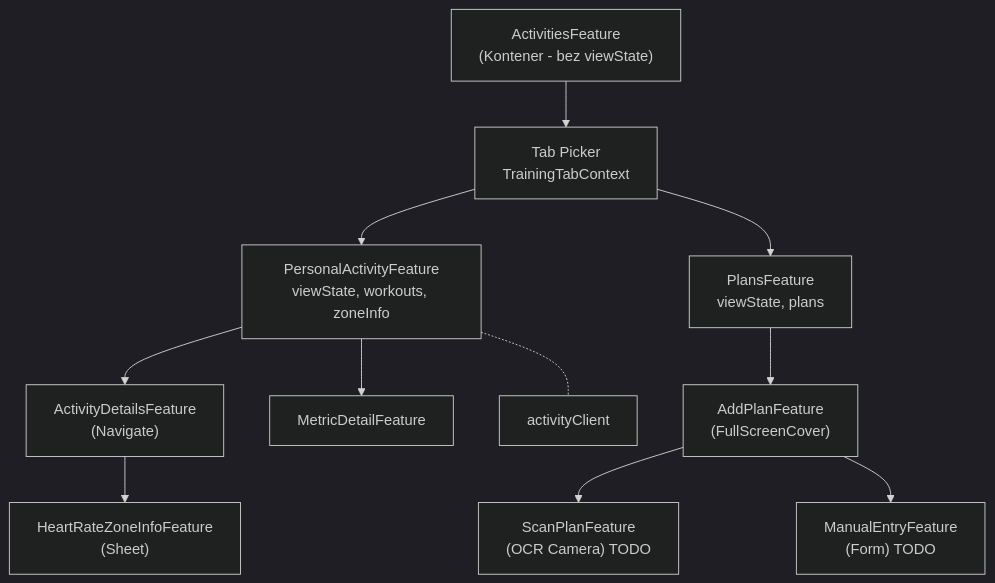
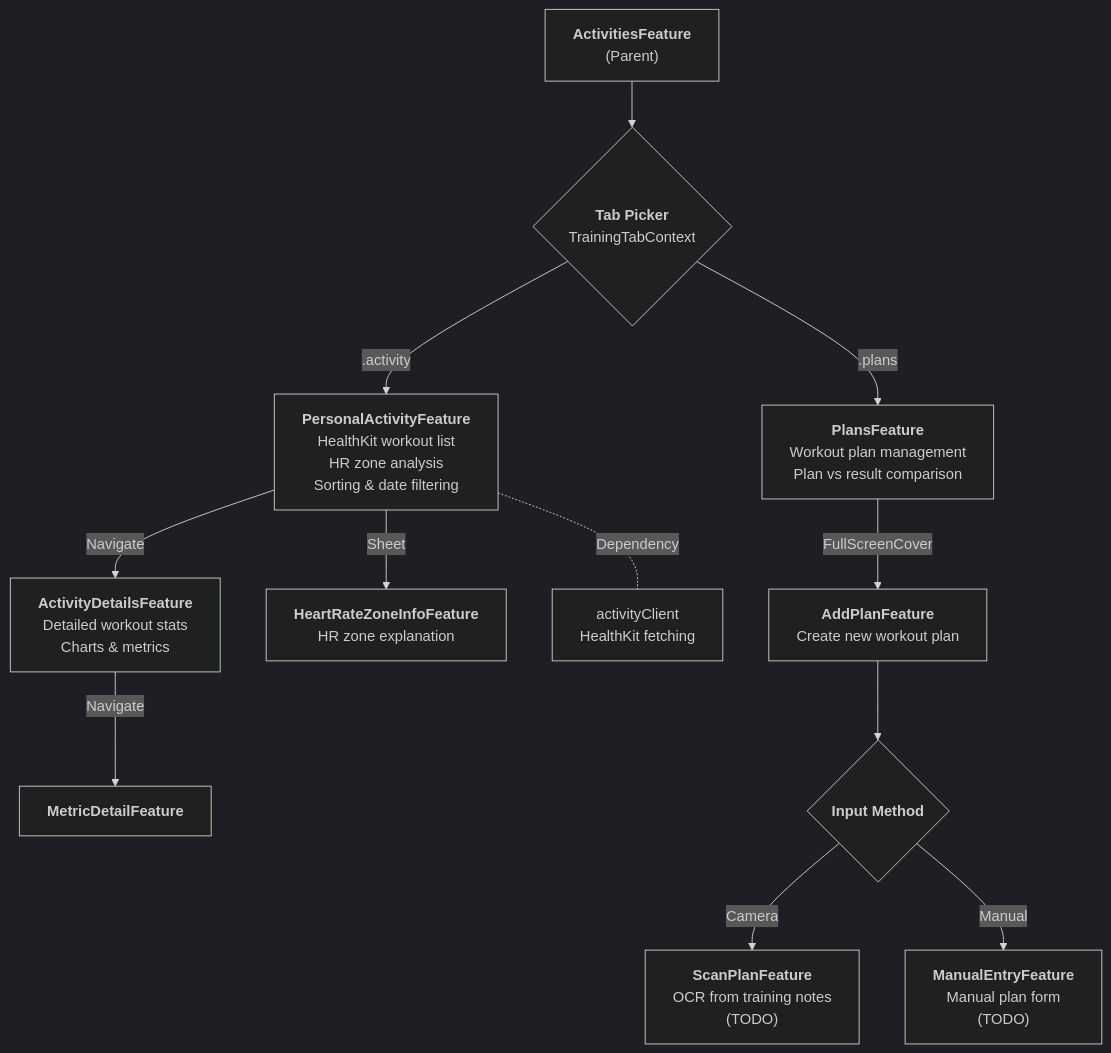
The diagram in WorkoutMirrorLive/FeaturesNew/ActivitiesTab/ARCHITECTURE-ActivitiesTab.md (SebaKrk/StepTrackerTCA), drawn with Mermaid (dark theme) before and after one commit. The commit also changed other lines of this file and 1 other file, not shown here.

Commit message:
IOS-00064 Plans

````diff
--- a/WorkoutMirrorLive/FeaturesNew/ActivitiesTab/ARCHITECTURE-ActivitiesTab.md
+++ b/WorkoutMirrorLive/FeaturesNew/ActivitiesTab/ARCHITECTURE-ActivitiesTab.md
@@ -5,29 +5,31 @@
 ```mermaid
 graph TD
 
-  ActivitiesFeature["ActivitiesFeature<br>(Kontener - bez viewState)"]
+  %% Root Feature
+  ActivitiesFeature["<b>ActivitiesFeature</b><br>(Parent)"]
 
-  %% Tab Picker
-  ActivitiesFeature --> TabPicker["Tab Picker<br>TrainingTabContext"]
+  %% Decision Node - Tab Picker
+  ActivitiesFeature --> TabPicker{"<b>Tab Picker</b><br>TrainingTabContext"}
 
-  %% Child Features
-  TabPicker --> PersonalActivity["PersonalActivityFeature<br>viewState, workouts, zoneInfo"]
-  TabPicker --> Plans["PlansFeature<br>viewState, plans"]
+  %% Branches from picker
+  TabPicker -->|".activity"| PersonalActivity["<b>PersonalActivityFeature</b><br>HealthKit workout list<br>HR zone analysis<br>Sorting & date filtering"]
+  TabPicker -->|".plans"| Plans["<b>PlansFeature</b><br>Workout plan management<br>Plan vs result comparison"]
 
-  %% PersonalActivity Destinations
-  PersonalActivity --> ActivityDetails["ActivityDetailsFeature<br>(Navigate)"]
-  PersonalActivity --> MetricDetail["MetricDetailFeature"]
+  %% PersonalActivity Navigation
+  PersonalActivity -->|"Navigate"| ActivityDetails["<b>ActivityDetailsFeature</b><br>Detailed workout stats<br>Charts & metrics"]
+  PersonalActivity -->|"Sheet"| HeartRateZoneInfo["<b>HeartRateZoneInfoFeature</b><br>HR zone explanation"]
 
   %% ActivityDetails Children
-  ActivityDetails --> HeartRateZoneInfo["HeartRateZoneInfoFeature<br>(Sheet)"]
+  ActivityDetails -->|"Navigate"| MetricDetail["<b>MetricDetailFeature</b>"]
 
-  %% Plans Destinations
-  Plans --> AddPlan["AddPlanFeature<br>(FullScreenCover)"]
+  %% Plans Navigation
+  Plans -->|"FullScreenCover"| AddPlan["<b>AddPlanFeature</b><br>Create new workout plan"]
 
-  %% AddPlan Options
-  AddPlan --> ScanPlan["ScanPlanFeature<br>(OCR Camera) TODO"]
-  AddPlan --> ManualEntry["ManualEntryFeature<br>(Form) TODO"]
+  %% AddPlan Options - Decision
+  AddPlan --> AddPlanChoice{"<b>Input Method</b>"}
+  AddPlanChoice -->|"Camera"| ScanPlan["<b>ScanPlanFeature</b><br>OCR from training notes<br>(TODO)"]
+  AddPlanChoice -->|"Manual"| ManualEntry["<b>ManualEntryFeature</b><br>Manual plan form<br>(TODO)"]
 
   %% Dependencies
-  PersonalActivity -.- ActivityClient["activityClient"]
+  PersonalActivity -.-|"Dependency"| ActivityClient["activityClient<br>HealthKit fetching"]
 ```
````
